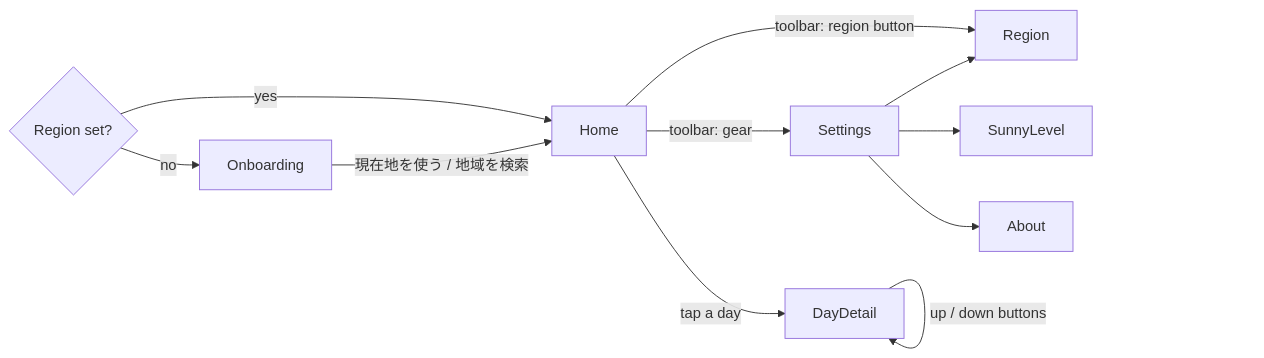
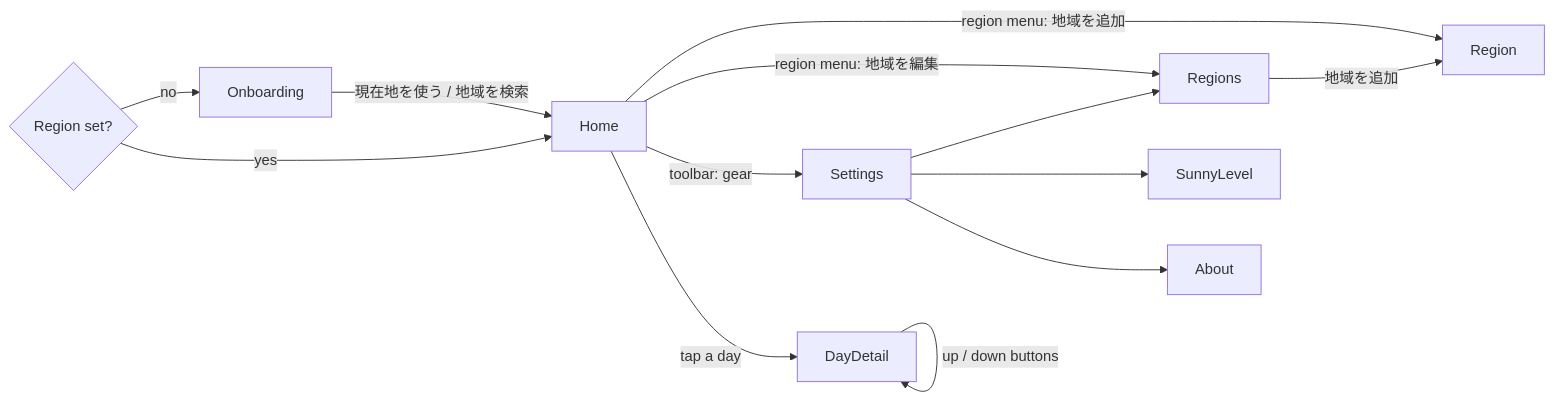
One commit to naipaka/NextSunnyDay-iOS changed the diagram in docs/design/spec.md. Above: the diagram before and after it, drawn with Mermaid. The commit also changed other lines of this file and 8 other files, not shown here.

````diff
--- a/docs/design/spec.md
+++ b/docs/design/spec.md
@@ -29,13 +29,15 @@
 ```mermaid
 flowchart LR
   Launch{Region set?} -- no --> Onboarding
   Launch -- yes --> Home
   Onboarding -- 現在地を使う / 地域を検索 --> Home
-  Home -- toolbar: region button --> Region
+  Home -- region menu: 地域を追加 --> Region
+  Home -- region menu: 地域を編集 --> Regions
+  Regions -- 地域を追加 --> Region
   Home -- toolbar: gear --> Settings
   Home -- tap a day --> DayDetail
   DayDetail -- up / down buttons --> DayDetail
-  Settings --> Region
+  Settings --> Regions
   Settings --> SunnyLevel
   Settings --> About
 ```
````
